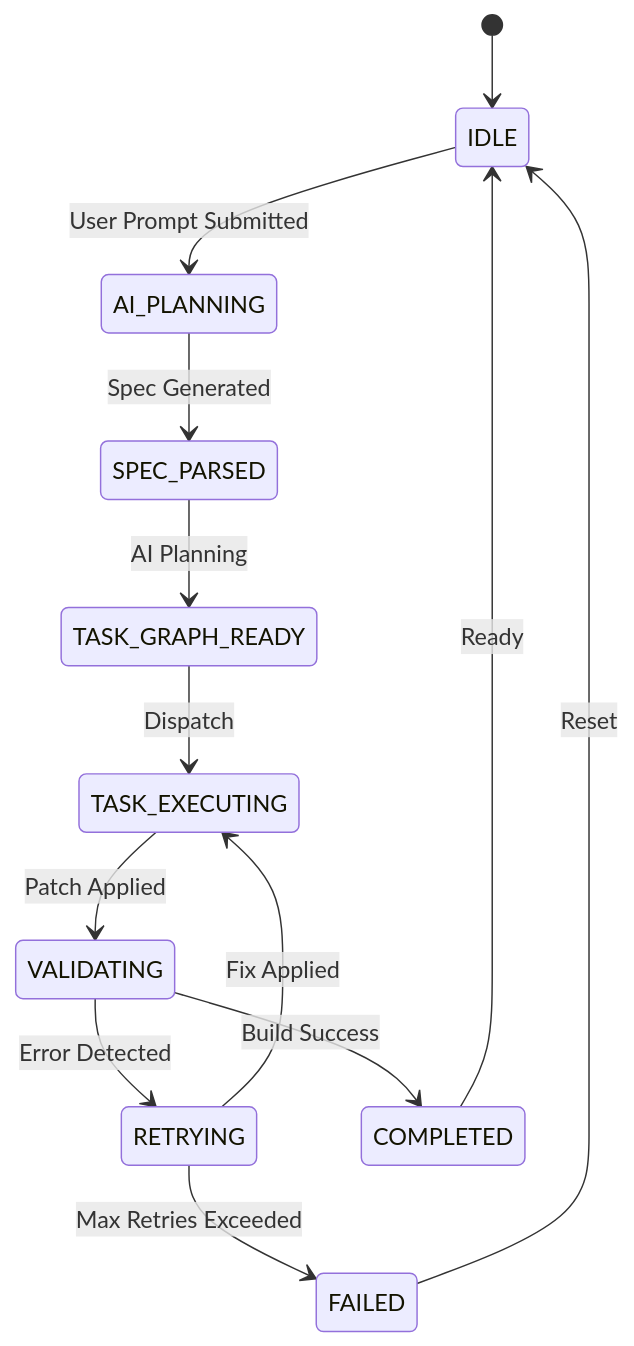
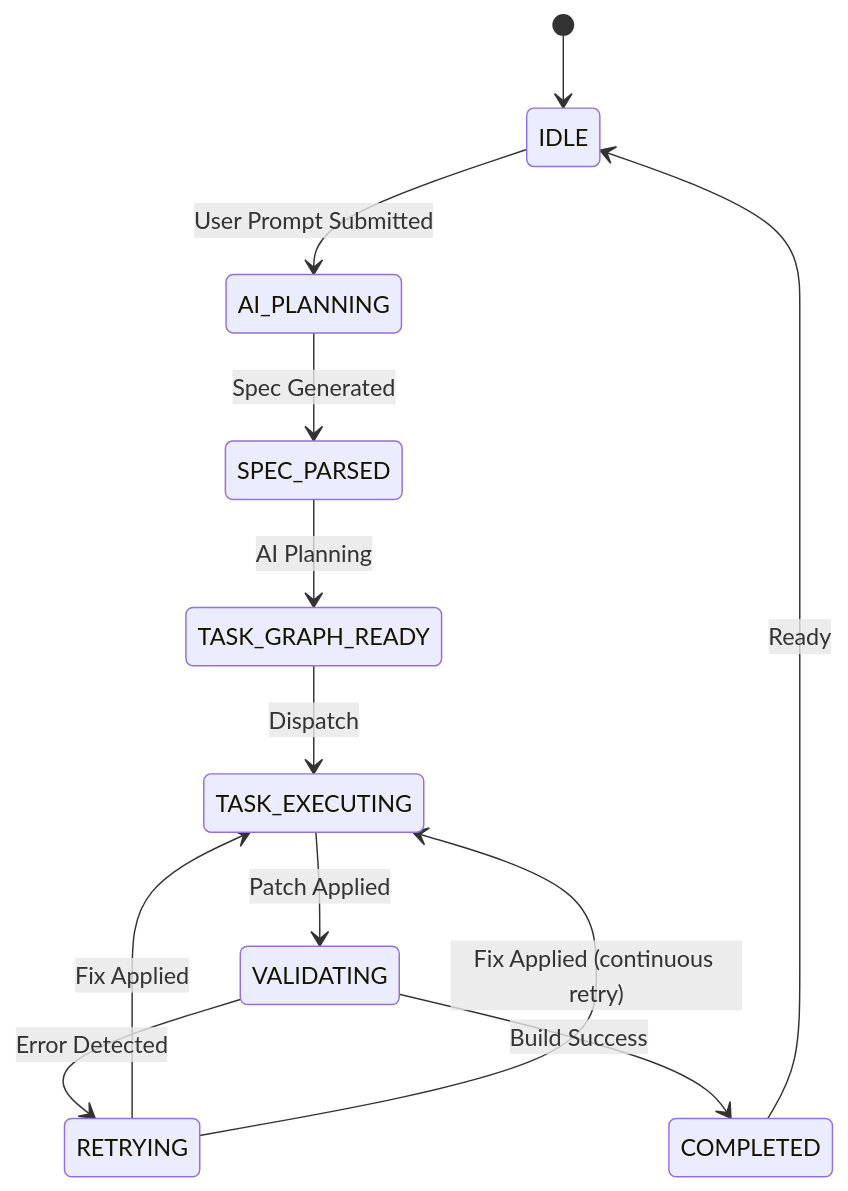
The second of 4 diagrams in docs/SYSTEM_ARCHITECTURE.md (pavan53732/SYNC-AI-FULL-STACK-APP-BUILDER), drawn with Mermaid before and after one commit. The commit also changed other lines of this file and 7 other files, not shown here.

First line of the commit message:
Remove retry budget constraints, implement continuous retry semantics

````diff
--- a/docs/SYSTEM_ARCHITECTURE.md
+++ b/docs/SYSTEM_ARCHITECTURE.md
@@ -1552,15 +1552,14 @@
 ```mermaid
 stateDiagram-v2
     [*] --> IDLE
     IDLE --> AI_PLANNING: User Prompt Submitted
     AI_PLANNING --> SPEC_PARSED: Spec Generated
     SPEC_PARSED --> TASK_GRAPH_READY: AI Planning
     TASK_GRAPH_READY --> TASK_EXECUTING: Dispatch
     TASK_EXECUTING --> VALIDATING: Patch Applied
     VALIDATING --> RETRYING: Error Detected
     RETRYING --> TASK_EXECUTING: Fix Applied
     VALIDATING --> COMPLETED: Build Success
-    RETRYING --> FAILED: Max Retries Exceeded
+    RETRYING --> TASK_EXECUTING: Fix Applied (continuous retry)
     COMPLETED --> IDLE: Ready
-    FAILED --> IDLE: Reset
 ```
````
